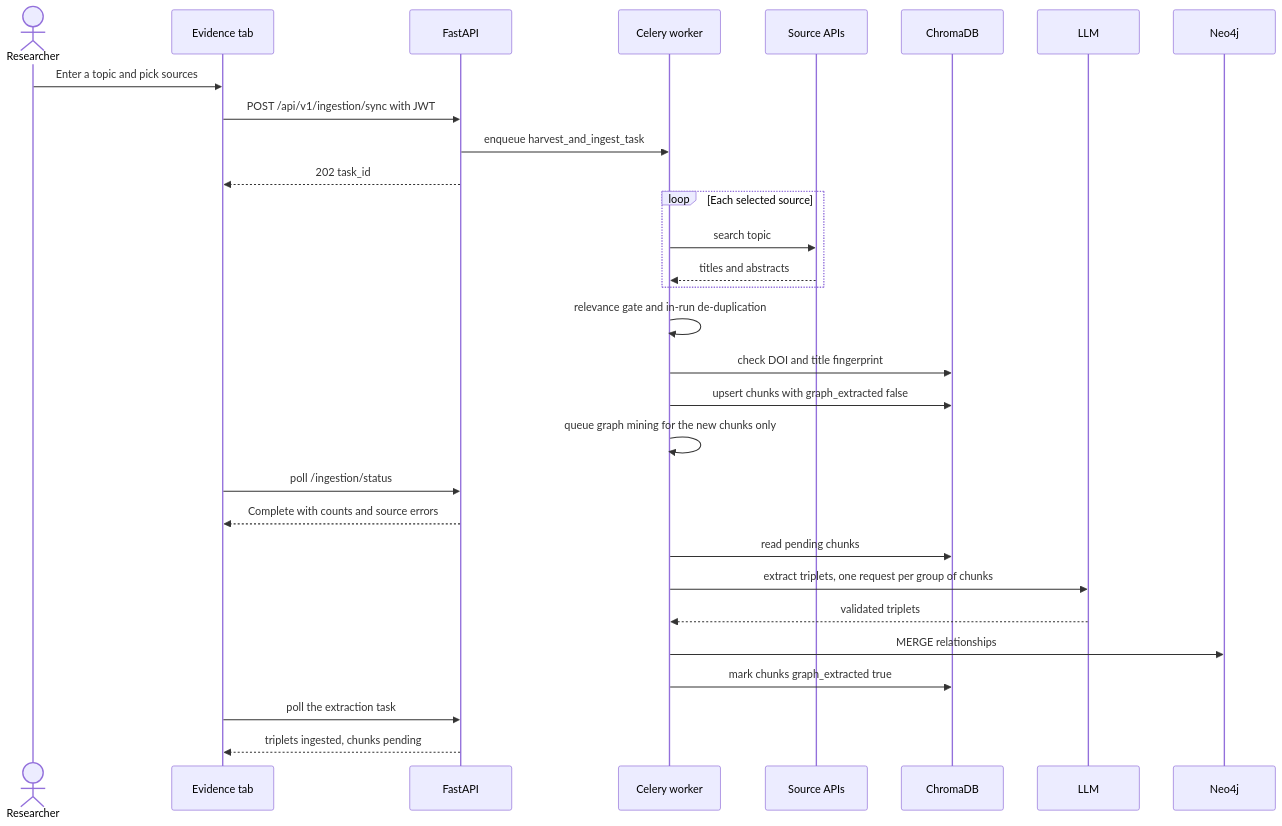
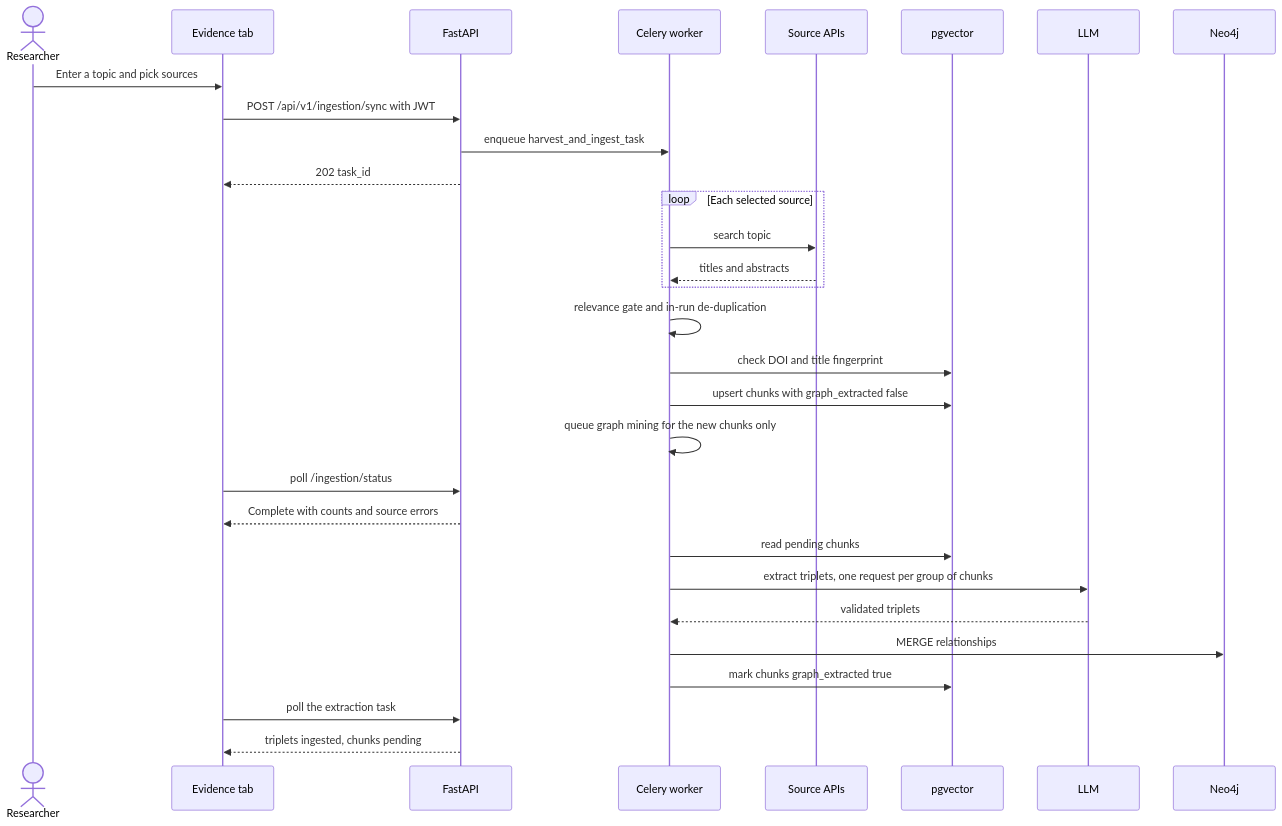
Before and after one commit to Rahul-8283/AURA_Data_Driven: the tenth of 27 diagrams in README.md, drawn with Mermaid. The commit also changed other lines of this file and 3 other files, not shown here.

First line of the commit message:
docs: document pgvector storage and remove ChromaDB references

````diff
--- a/README.md
+++ b/README.md
@@ -522,36 +519,36 @@
 ```mermaid
 sequenceDiagram
     actor U as Researcher
     participant UI as Evidence tab
     participant API as FastAPI
     participant W as Celery worker
     participant S as Source APIs
-    participant C as ChromaDB
+    participant C as pgvector
     participant L as LLM
     participant N as Neo4j
 
     U->>UI: Enter a topic and pick sources
     UI->>API: POST /api/v1/ingestion/sync with JWT
     API->>W: enqueue harvest_and_ingest_task
     API-->>UI: 202 task_id
 
     loop Each selected source
         W->>S: search topic
         S-->>W: titles and abstracts
     end
 
     W->>W: relevance gate and in-run de-duplication
     W->>C: check DOI and title fingerprint
     W->>C: upsert chunks with graph_extracted false
     W->>W: queue graph mining for the new chunks only
     UI->>API: poll /ingestion/status
     API-->>UI: Complete with counts and source errors
 
     W->>C: read pending chunks
     W->>L: extract triplets, one request per group of chunks
     L-->>W: validated triplets
     W->>N: MERGE relationships
     W->>C: mark chunks graph_extracted true
     UI->>API: poll the extraction task
     API-->>UI: triplets ingested, chunks pending
 ```
````
